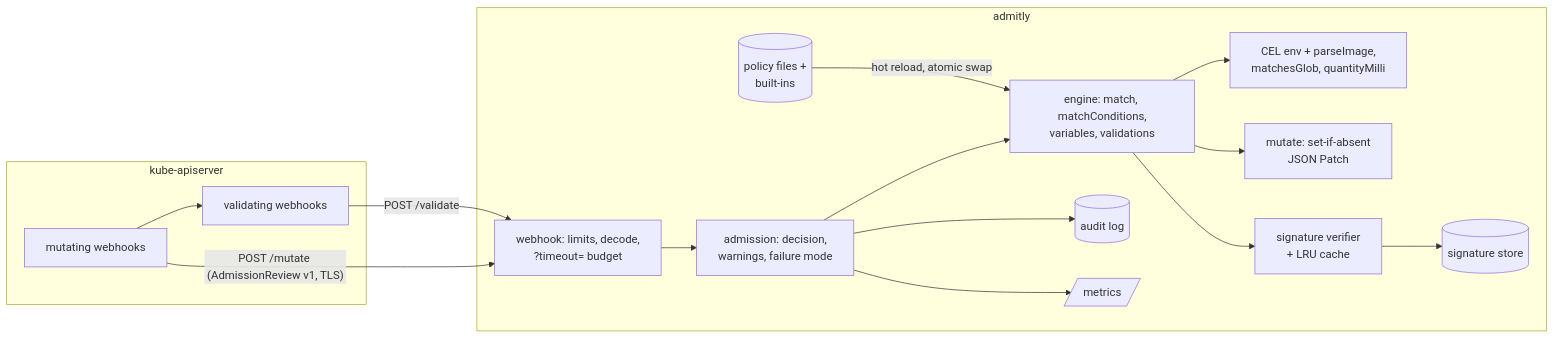
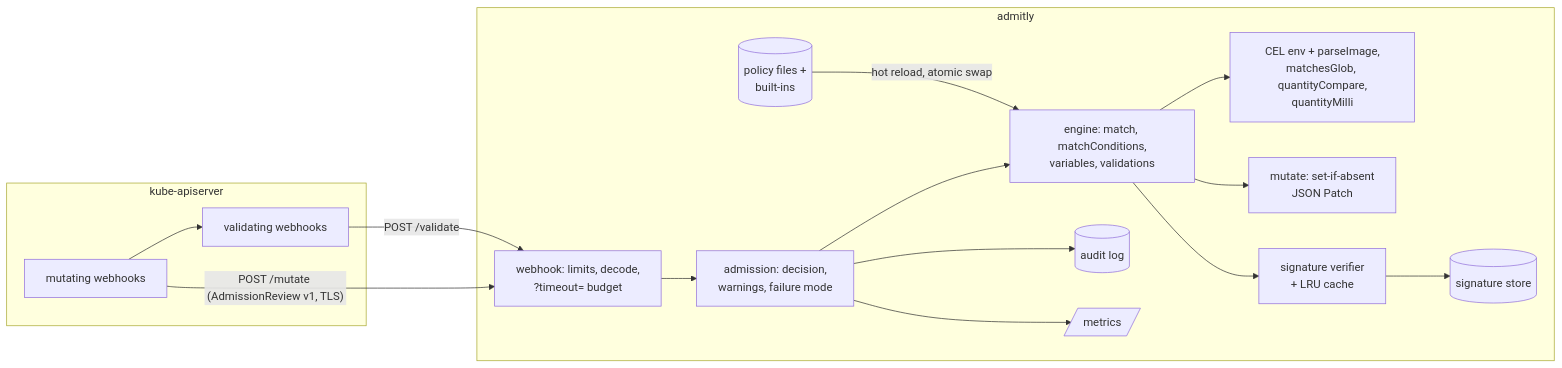
One commit to SlateGitOrg/admitly changed the diagram in README.md. Above: the diagram before and after it, drawn with Mermaid. The commit also changed 2 other files, not shown here.

Commit message:
docs: record quantityCompare and quantityMilli overflow ruling

````diff
--- a/README.md
+++ b/README.md
@@ -43,19 +43,19 @@
 ```mermaid
 flowchart LR
   subgraph cluster[kube-apiserver]
     MW[mutating webhooks] --> VW[validating webhooks]
   end
   MW -- "POST /mutate (AdmissionReview v1, TLS)" --> H
   VW -- "POST /validate" --> H
   subgraph admitly
     H[webhook: limits, decode,<br/>?timeout= budget] --> AD[admission: decision,<br/>warnings, failure mode]
     AD --> EN[engine: match, matchConditions,<br/>variables, validations]
-    EN --> CEL[CEL env + parseImage,<br/>matchesGlob, quantityMilli]
+    EN --> CEL[CEL env + parseImage,<br/>matchesGlob, quantityCompare,<br/>quantityMilli]
     EN --> MU[mutate: set-if-absent<br/>JSON Patch]
     EN --> SV[signature verifier<br/>+ LRU cache]
     SV --> ST[(signature store)]
     PS[(policy files +<br/>built-ins)] -->|hot reload, atomic swap| EN
     AD --> AU[(audit log)]
     AD --> ME[/metrics/]
   end
 ```
````
